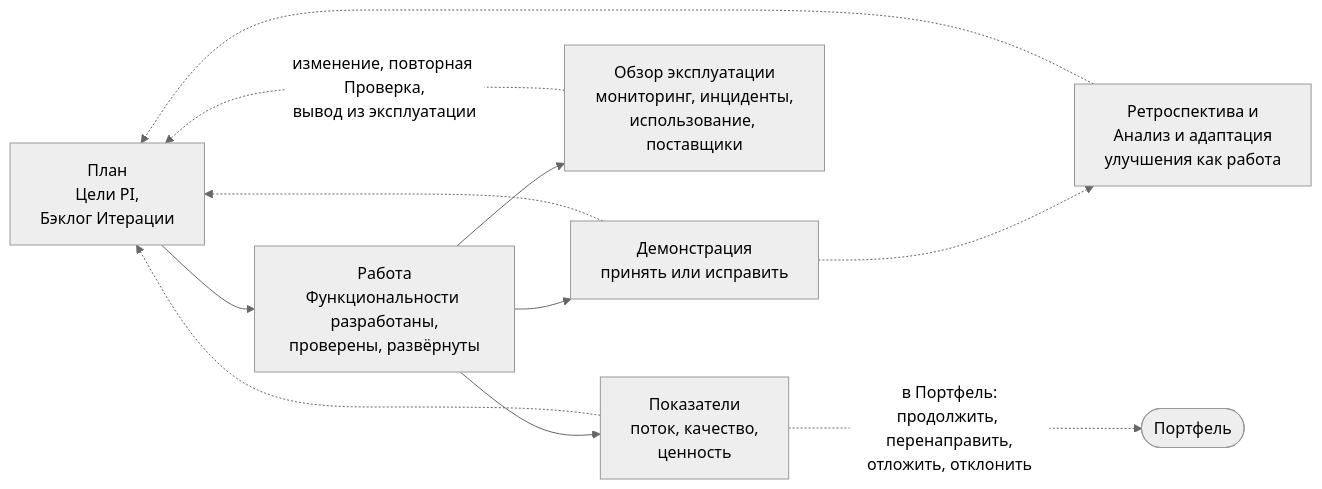
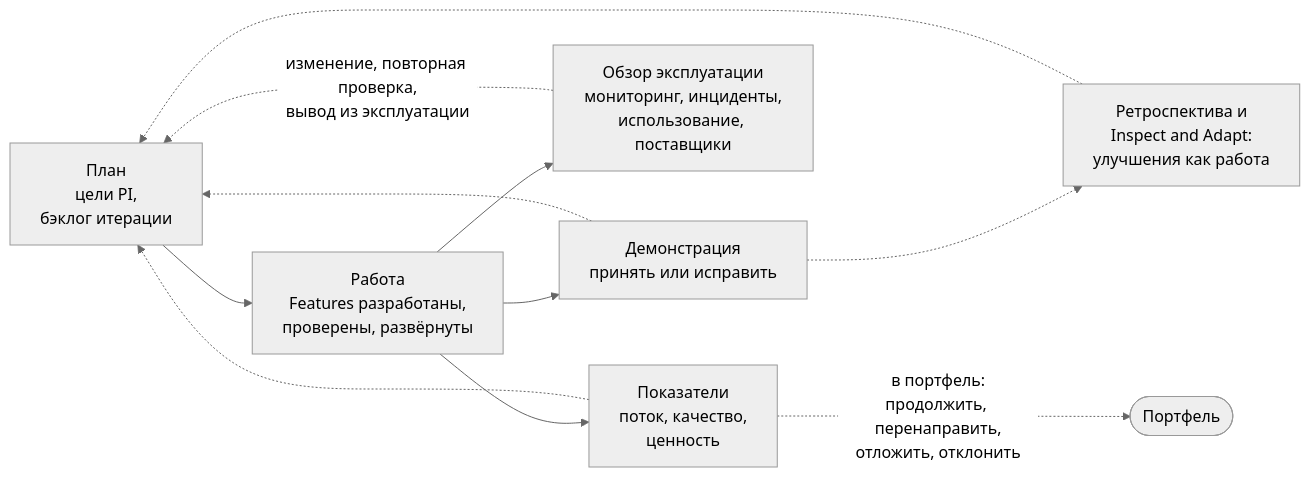
One commit to devhogu/ob-aicc changed the fifth of 5 diagrams in portal/content/ru/delivery/the-loops-of-delivery.md. Above: the diagram before and after it, drawn with Mermaid (neutral theme). The commit also changed other lines of this file and 21 other files, not shown here.

````diff
--- a/portal/content/ru/delivery/the-loops-of-delivery.md
+++ b/portal/content/ru/delivery/the-loops-of-delivery.md
@@ -94,13 +94,13 @@
 ```mermaid
 flowchart LR
-  PLAN["План<br/>Цели PI,<br/>Бэклог Итерации"] --> WORK["Работа<br/>Функциональности разработаны,<br/>проверены, развёрнуты"]
+  PLAN["План<br/>цели PI,<br/>бэклог итерации"] --> WORK["Работа<br/>Features разработаны,<br/>проверены, развёрнуты"]
   WORK --> DEMO["Демонстрация<br/>принять или исправить"]
   WORK --> LIVE["Обзор эксплуатации<br/>мониторинг, инциденты,<br/>использование, поставщики"]
   WORK --> MEAS["Показатели<br/>поток, качество,<br/>ценность"]
-  DEMO -.-> RETRO["Ретроспектива и<br/>Анализ и адаптация<br/>улучшения как работа"]
+  DEMO -.-> RETRO["Ретроспектива и<br/>Inspect and Adapt:<br/>улучшения как работа"]
   DEMO -.-> PLAN
-  LIVE -.->|"изменение, повторная Проверка,<br/>вывод из эксплуатации"| PLAN
+  LIVE -.->|"изменение, повторная проверка,<br/>вывод из эксплуатации"| PLAN
   MEAS -.-> PLAN
-  MEAS -.->|"в Портфель:<br/>продолжить, перенаправить,<br/>отложить, отклонить"| PF(["Портфель"])
+  MEAS -.->|"в портфель:<br/>продолжить, перенаправить,<br/>отложить, отклонить"| PF(["Портфель"])
   RETRO -.-> PLAN
 ```
````
